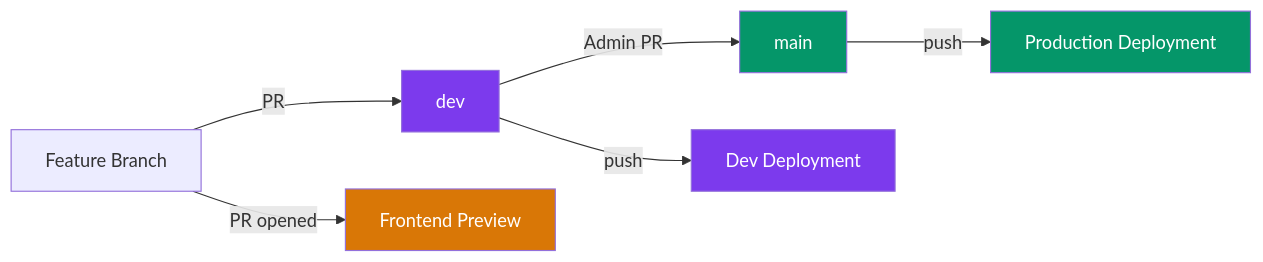
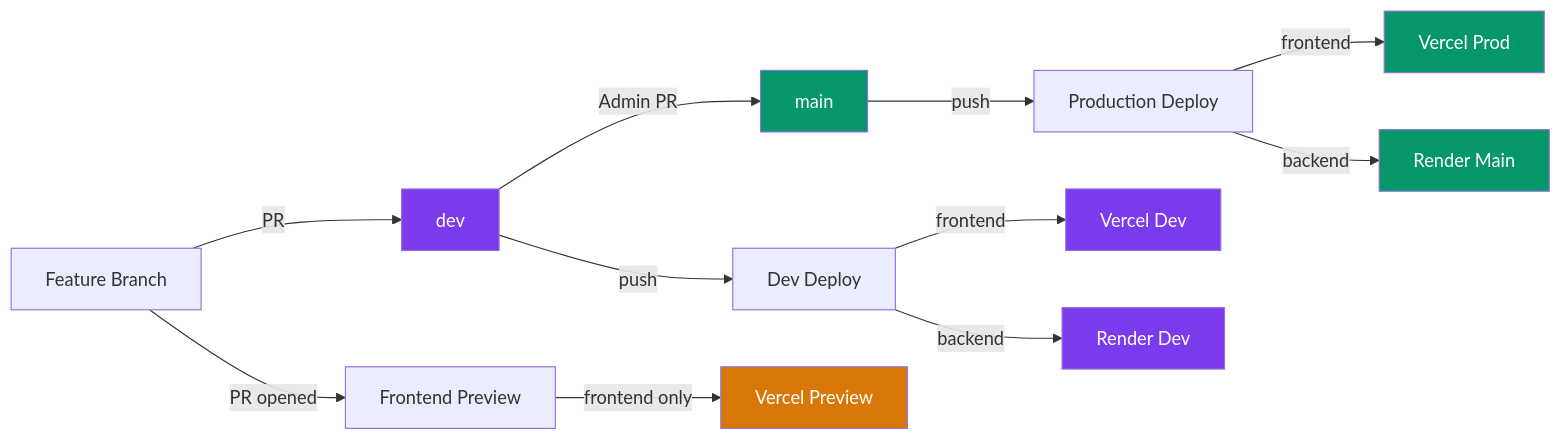
One commit to NITRR-Official/CampusOS changed the diagram in docs/guides/CI_CD.md. Above: the diagram before and after it, drawn with Mermaid. The commit also changed other lines of this file and 32 other files, not shown here.

````diff
--- a/docs/guides/CI_CD.md
+++ b/docs/guides/CI_CD.md
@@ -14,15 +14,23 @@
 ```mermaid
 graph LR
     A[Feature Branch] -->|PR| B[dev]
     B -->|Admin PR| C[main]
 
-    B -->|push| D[Dev Deployment]
-    C -->|push| E[Production Deployment]
+    B -->|push| D[Dev Deploy]
+    C -->|push| E[Production Deploy]
     A -->|PR opened| F[Frontend Preview]
+
+    D -->|frontend| D1[Vercel Dev]
+    D -->|backend| D2[Render Dev]
+    E -->|frontend| E1[Vercel Prod]
+    E -->|backend| E2[Render Main]
+    F -->|frontend only| F1[Vercel Preview]
 
     style C fill:#059669,color:#fff
     style B fill:#7c3aed,color:#fff
-    style D fill:#7c3aed,color:#fff
-    style E fill:#059669,color:#fff
-    style F fill:#d97706,color:#fff
+    style D1 fill:#7c3aed,color:#fff
+    style D2 fill:#7c3aed,color:#fff
+    style E1 fill:#059669,color:#fff
+    style E2 fill:#059669,color:#fff
+    style F1 fill:#d97706,color:#fff
 ```
````
